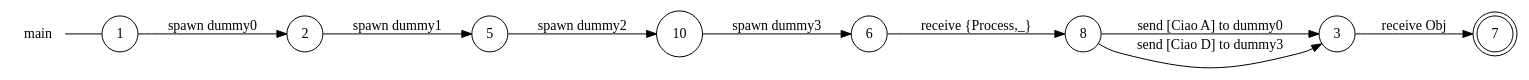
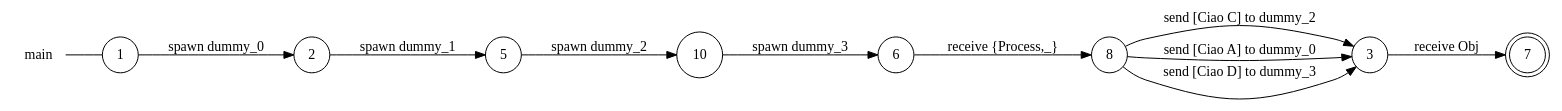
The diagram in examples/conditional-case/main_local_view.dot (gabrielegenovese/chorer), drawn with Graphviz before and after one commit. The commit also changed 17 other files, not shown here.

```diff
--- a/examples/conditional-case/main_local_view.dot
+++ b/examples/conditional-case/main_local_view.dot
@@ -1,22 +1,23 @@
 digraph main {
 	rankdir="LR";
 	n_0 [label="main", shape="plaintext"];
 	n_1 [id="5", shape=circle, label="5"];
 	n_2 [id="6", shape=circle, label="6"];
 	n_3 [id="10", shape=circle, label="10"];
 	n_4 [id="1", shape=circle, label="1"];
 	n_0 -> n_4 [arrowhead=none];
 	n_5 [id="2", shape=circle, label="2"];
 	n_6 [id="8", shape=circle, label="8"];
 	n_7 [id="7", shape=doublecircle, label="7"];
 	n_8 [id="3", shape=circle, label="3"];
 
-	n_4 -> n_5 [id="[$e|3]", label="spawn dummy0"];
+	n_2 -> n_6 [id="[$e|10]", label="receive {Process,_}"];
+	n_6 -> n_8 [id="[$e|15]", label="send [Ciao C] to dummy_2"];
+	n_6 -> n_8 [id="[$e|0]", label="send [Ciao A] to dummy_0"];
 	n_8 -> n_7 [id="[$e|12]", label="receive Obj"];
-	n_6 -> n_8 [id="[$e|5]", label="send [Ciao A] to dummy0"];
-	n_3 -> n_2 [id="[$e|0]", label="spawn dummy3"];
-	n_2 -> n_6 [id="[$e|11]", label="receive {Process,_}"];
-	n_6 -> n_8 [id="[$e|14]", label="send [Ciao D] to dummy3"];
-	n_5 -> n_1 [id="[$e|9]", label="spawn dummy1"];
-	n_1 -> n_3 [id="[$e|10]", label="spawn dummy2"];
+	n_3 -> n_2 [id="[$e|1]", label="spawn dummy_3"];
+	n_6 -> n_8 [id="[$e|14]", label="send [Ciao D] to dummy_3"];
+	n_1 -> n_3 [id="[$e|9]", label="spawn dummy_2"];
+	n_4 -> n_5 [id="[$e|4]", label="spawn dummy_0"];
+	n_5 -> n_1 [id="[$e|8]", label="spawn dummy_1"];
 }
```
